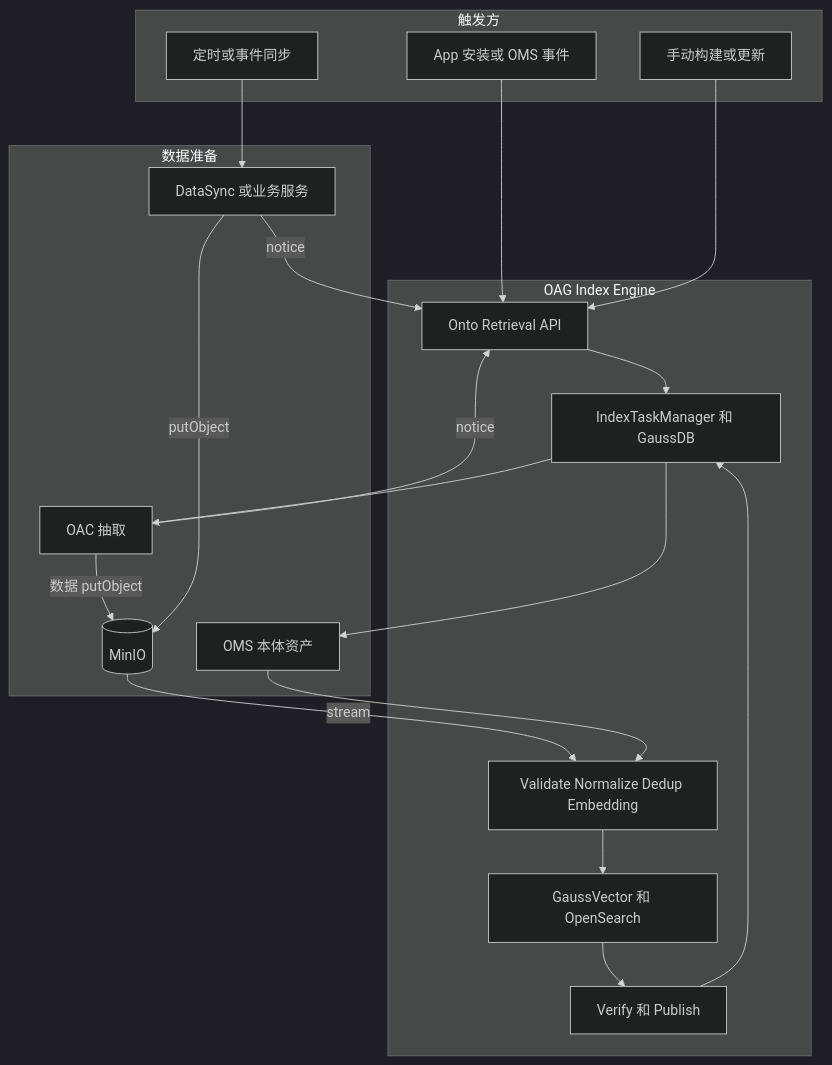
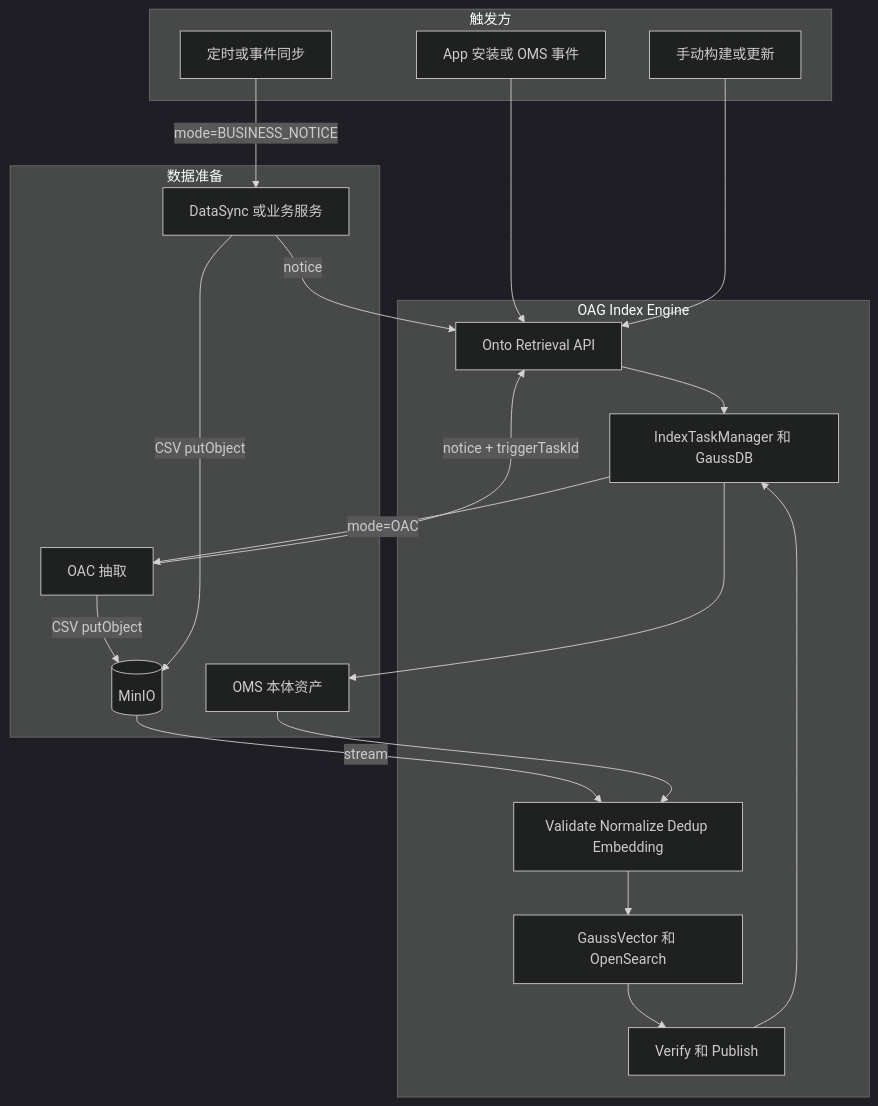
One commit to cfwl100/onology_dsl changed the third of 7 diagrams in docs/OAG本体锚点语义检索与向量索引设计方案.md. Above: the diagram before and after it, drawn with Mermaid (dark theme). The commit also changed other lines of this file, not shown here.

````diff
--- a/docs/OAG本体锚点语义检索与向量索引设计方案.md
+++ b/docs/OAG本体锚点语义检索与向量索引设计方案.md
@@ -1206,37 +1188,37 @@
 ```mermaid
 flowchart TD
     subgraph T[触发方]
       APP[App 安装或 OMS 事件]
       MANUAL[手动构建或更新]
       SYNC[定时或事件同步]
     end
 
     subgraph S[数据准备]
       OMS[OMS 本体资产]
       OAC[OAC 抽取]
       PRODUCER[DataSync 或业务服务]
       MINIO[(MinIO)]
     end
 
     subgraph G[OAG Index Engine]
       API[Onto Retrieval API]
       TASK[IndexTaskManager 和 GaussDB]
       PIPE[Validate Normalize Dedup Embedding]
       STORE[GaussVector 和 OpenSearch]
       PUB[Verify 和 Publish]
     end
 
     APP --> API
     MANUAL --> API
     API --> TASK
     TASK --> OMS
-    TASK --> OAC
-    OAC -->|数据 putObject| MINIO
-    SYNC --> PRODUCER
-    PRODUCER -->|putObject| MINIO
-    OAC -->|notice| API
+    TASK -->|mode=OAC| OAC
+    OAC -->|CSV putObject| MINIO
+    SYNC -->|mode=BUSINESS_NOTICE| PRODUCER
+    PRODUCER -->|CSV putObject| MINIO
+    OAC -->|notice + triggerTaskId| API
     PRODUCER -->|notice| API
     MINIO -->|stream| PIPE
     OMS --> PIPE
     PIPE --> STORE --> PUB --> TASK
 ```
````
